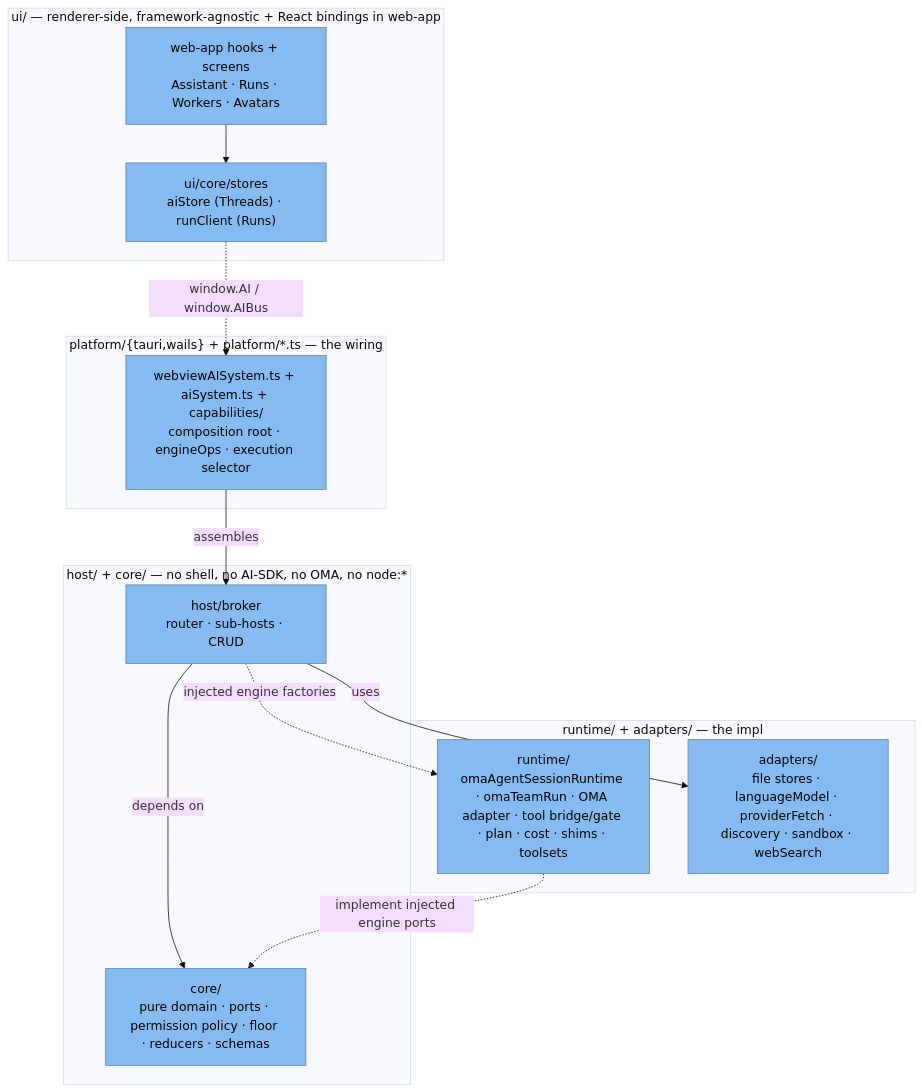
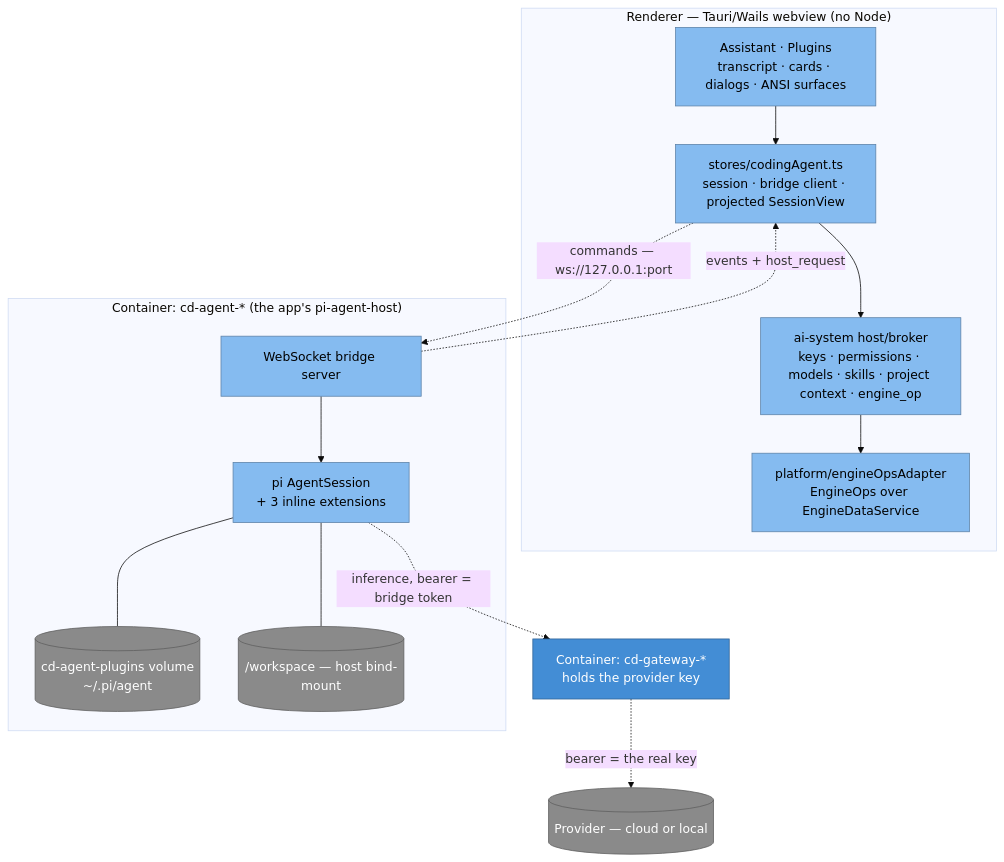
Before and after one commit to iongion/container-desktop: the diagram in docs/architecture/ai-subsystem.md, drawn with Mermaid (base theme). The commit also changed other lines of this file and 599 other files, not shown here.

First line of the commit message:
feat(ai): the pi assistant, two proven test suites, and the live gate

````diff
--- a/docs/architecture/ai-subsystem.md
+++ b/docs/architecture/ai-subsystem.md
@@ -57,28 +42,31 @@
 ```mermaid
 flowchart TB
-  subgraph ui[ui/ — renderer-side, framework-agnostic + React bindings in web-app]
-    react["web-app hooks + screens<br/>Assistant · Runs · Workers · Avatars"]:::component
-    stores["ui/core/stores<br/>aiStore (Threads) · runClient (Runs)"]:::component
+  subgraph renderer["Renderer — Tauri/Wails webview (no Node)"]
+    ui["Assistant · Plugins<br/>transcript · cards · dialogs · ANSI surfaces"]:::component
+    store["stores/codingAgent.ts<br/>session · bridge client · projected SessionView"]:::component
+    broker["ai-system host/broker<br/>keys · permissions · models · skills · project context · engine_op"]:::component
+    ops["platform/engineOpsAdapter<br/>EngineOps over EngineDataService"]:::component
   end
-  subgraph mid[host/ + core/ — no shell, no AI-SDK, no OMA, no node:*]
-    broker["host/broker<br/>router · sub-hosts · CRUD"]:::component
-    core["core/<br/>pure domain · ports · permission policy · floor · reducers · schemas"]:::component
+  subgraph agent["Container: cd-agent-* (the app's pi-agent-host)"]
+    host["WebSocket bridge server"]:::component
+    pi["pi AgentSession<br/>+ 3 inline extensions"]:::component
+    vol[("cd-agent-plugins volume<br/>~/.pi/agent")]:::external
+    ws[("/workspace — host bind-mount")]:::external
   end
-  subgraph rt[runtime/ + adapters/ — the impl]
-    engines["runtime/<br/>omaAgentSessionRuntime · omaTeamRun · OMA adapter · tool bridge/gate · plan · cost · shims · toolsets"]:::component
-    adapters["adapters/<br/>file stores · languageModel · providerFetch · discovery · sandbox · webSearch"]:::component
-  end
-  subgraph shell["platform/{tauri,wails} + platform/*.ts — the wiring"]
-    wiring["webviewAISystem.ts + aiSystem.ts + capabilities/<br/>composition root · engineOps · execution selector"]:::component
-  end
+  gw["Container: cd-gateway-*<br/>holds the provider key"]:::container
+  prov[(Provider — cloud or local)]:::external
 
-  react --> stores
-  stores -.->|window.AI / window.AIBus| wiring
-  broker -->|depends on| core
-  broker -->|uses| adapters
-  engines -.->|implement injected engine ports| core
-  broker -.->|injected engine factories| engines
-  wiring -->|assembles| broker
+  ui --> store
+  store -.->|"commands — ws://127.0.0.1:port"| host
+  host -.->|"events + host_request"| store
+  host --> pi
+  pi --- vol
+  pi --- ws
+  store --> broker --> ops
+  pi -.->|"inference, bearer = bridge token"| gw
+  gw -.->|"bearer = the real key"| prov
 
   classDef component fill:#85bbf0,color:#000,stroke:#5d82a8;
+  classDef container fill:#438dd5,color:#fff,stroke:#2e6295;
+  classDef external fill:#8a8a8a,color:#fff,stroke:#5e5e5e;
 ```
````
